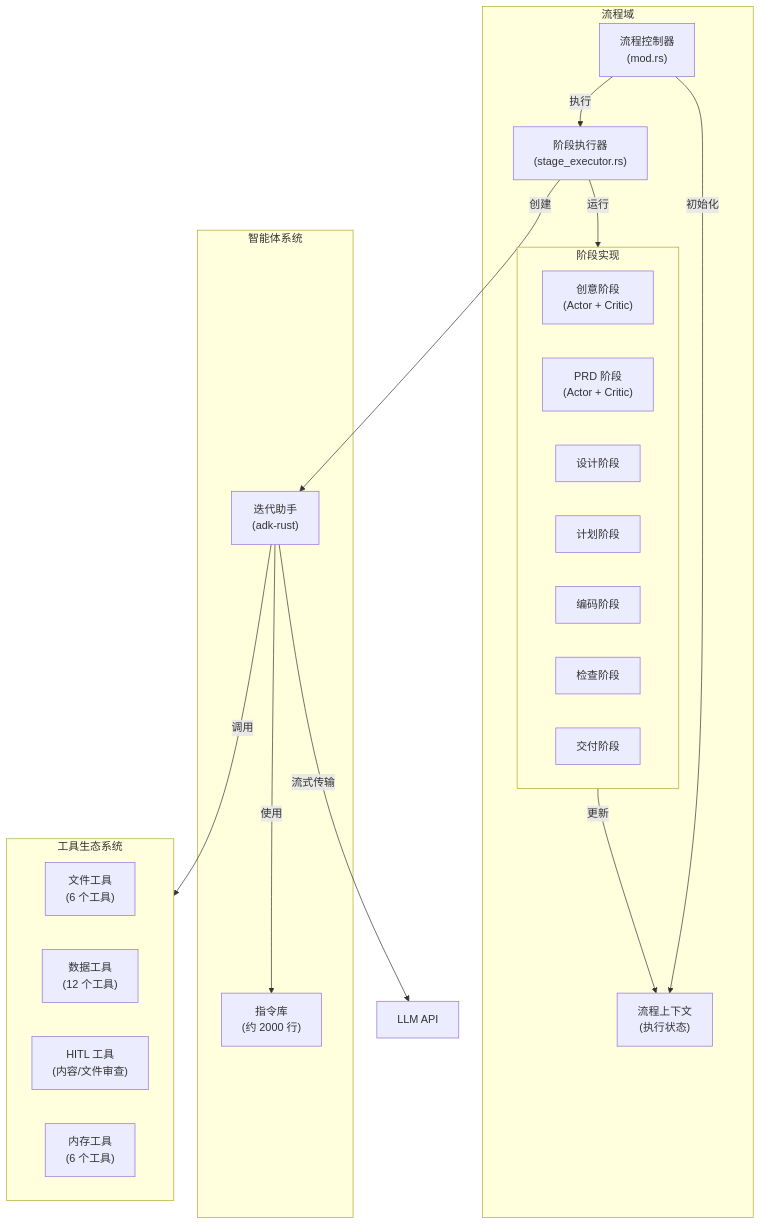
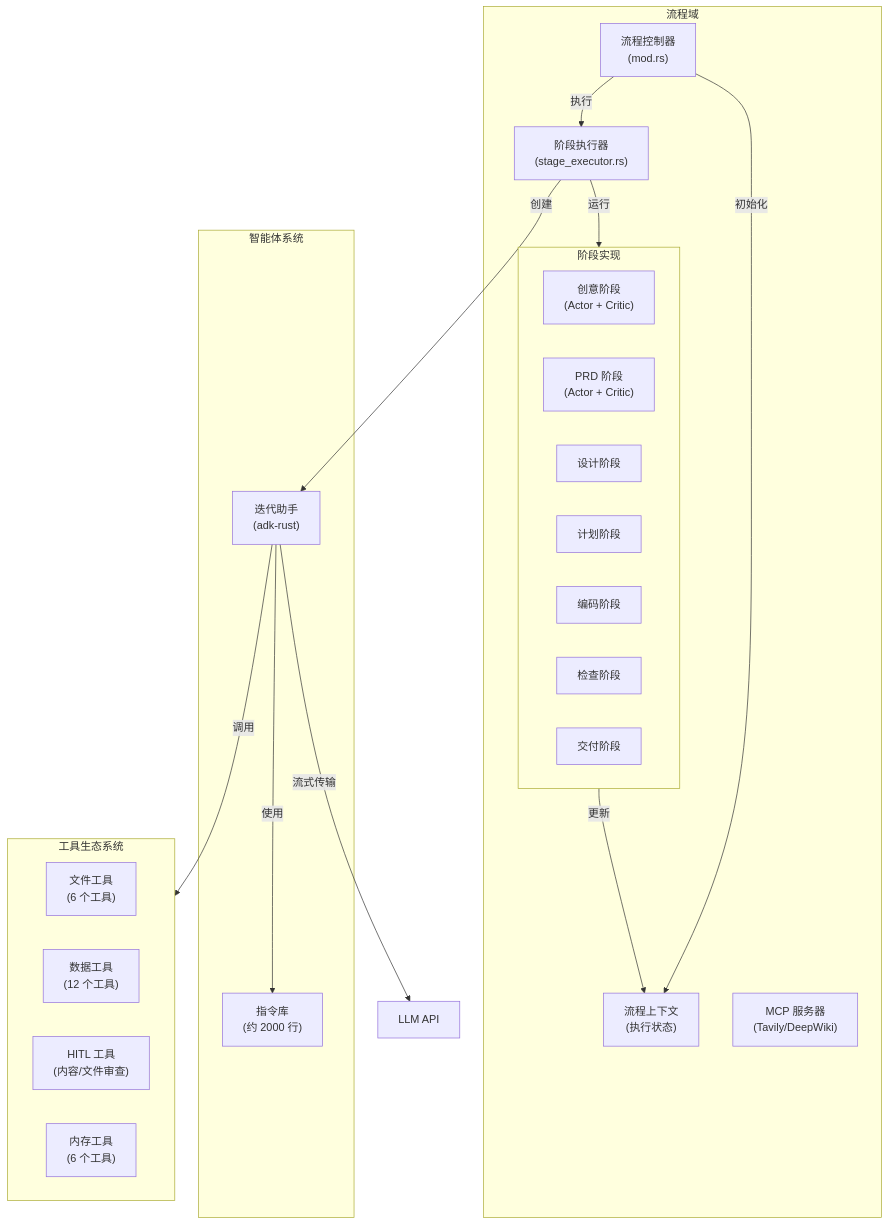
The fifth of 18 diagrams in litho.docs/zh/2、架构概览.md (sopaco/cowork-forge), drawn with Mermaid before and after one commit. The commit also changed other lines of this file and 9 other files, not shown here.

````diff
--- a/litho.docs/zh/2、架构概览.md
+++ b/litho.docs/zh/2、架构概览.md
@@ -307,40 +318,44 @@
 ```mermaid
 flowchart TB
     subgraph Pipeline["流程域"]
         Controller["流程控制器<br/>(mod.rs)"]
         Executor["阶段执行器<br/>(stage_executor.rs)"]
         Context["流程上下文<br/>(执行状态)"]
         
         subgraph Stages["阶段实现"]
             Idea["创意阶段<br/>(Actor + Critic)"]
             PRD["PRD 阶段<br/>(Actor + Critic)"]
             Design["设计阶段"]
             Plan["计划阶段"]
             Coding["编码阶段"]
             Check["检查阶段"]
             Delivery["交付阶段"]
         end
         
         Controller -->|初始化| Context
         Controller -->|执行| Executor
         Executor -->|运行| Stages
         Stages -->|更新| Context
+        MCP["MCP 服务器<br/>(Tavily/DeepWiki)"]
     end
     
     subgraph Agents["智能体系统"]
         Assistant["迭代助手<br/>(adk-rust)"]
         Instructions["指令库<br/>(约 2000 行)"]
+        MCP["MCP 服务器<br/>(Tavily/DeepWiki)"]
     end
     
     subgraph Tools["工具生态系统"]
         FileTools["文件工具<br/>(6 个工具)"]
         DataTools["数据工具<br/>(12 个工具)"]
         HITL["HITL 工具<br/>(内容/文件审查)"]
         Memory["内存工具<br/>(6 个工具)"]
+        MCP["MCP 远程工具<br/>(Tavily/DeepWiki)"]
+        MCP["MCP 服务器<br/>(Tavily/DeepWiki)"]
     end
     
     Executor -->|创建| Assistant
     Assistant -->|使用| Instructions
     Assistant -->|调用| Tools
     Assistant -->|流式传输| LLM["LLM API"]
 ```
````
